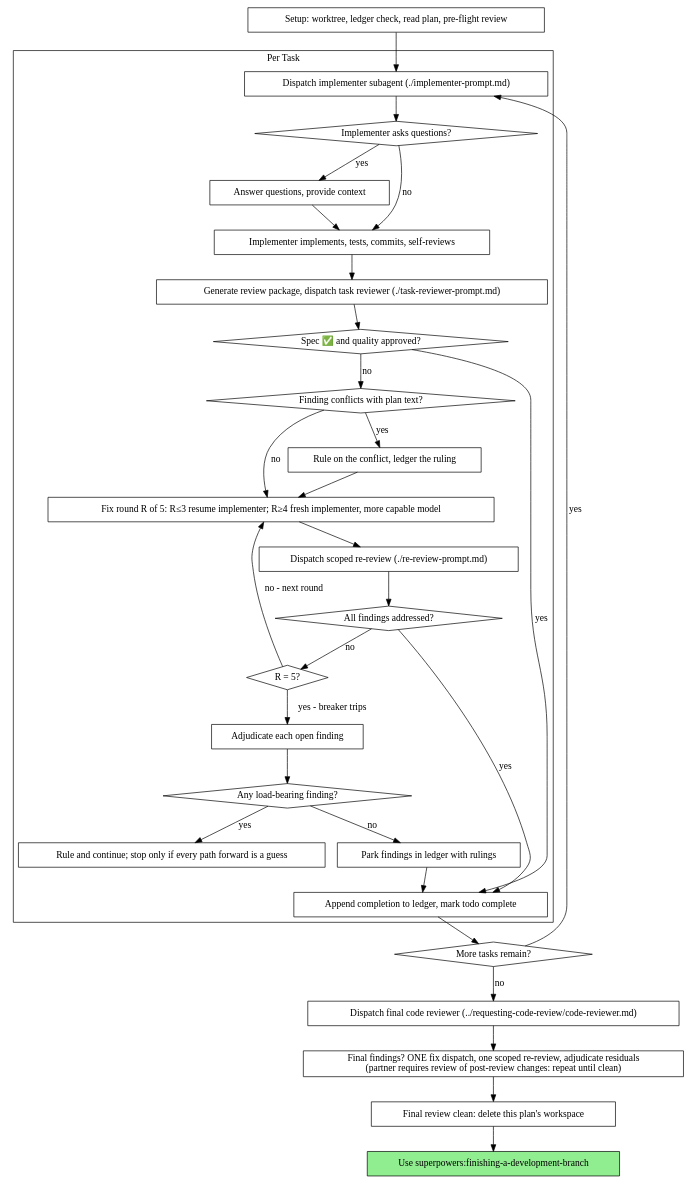
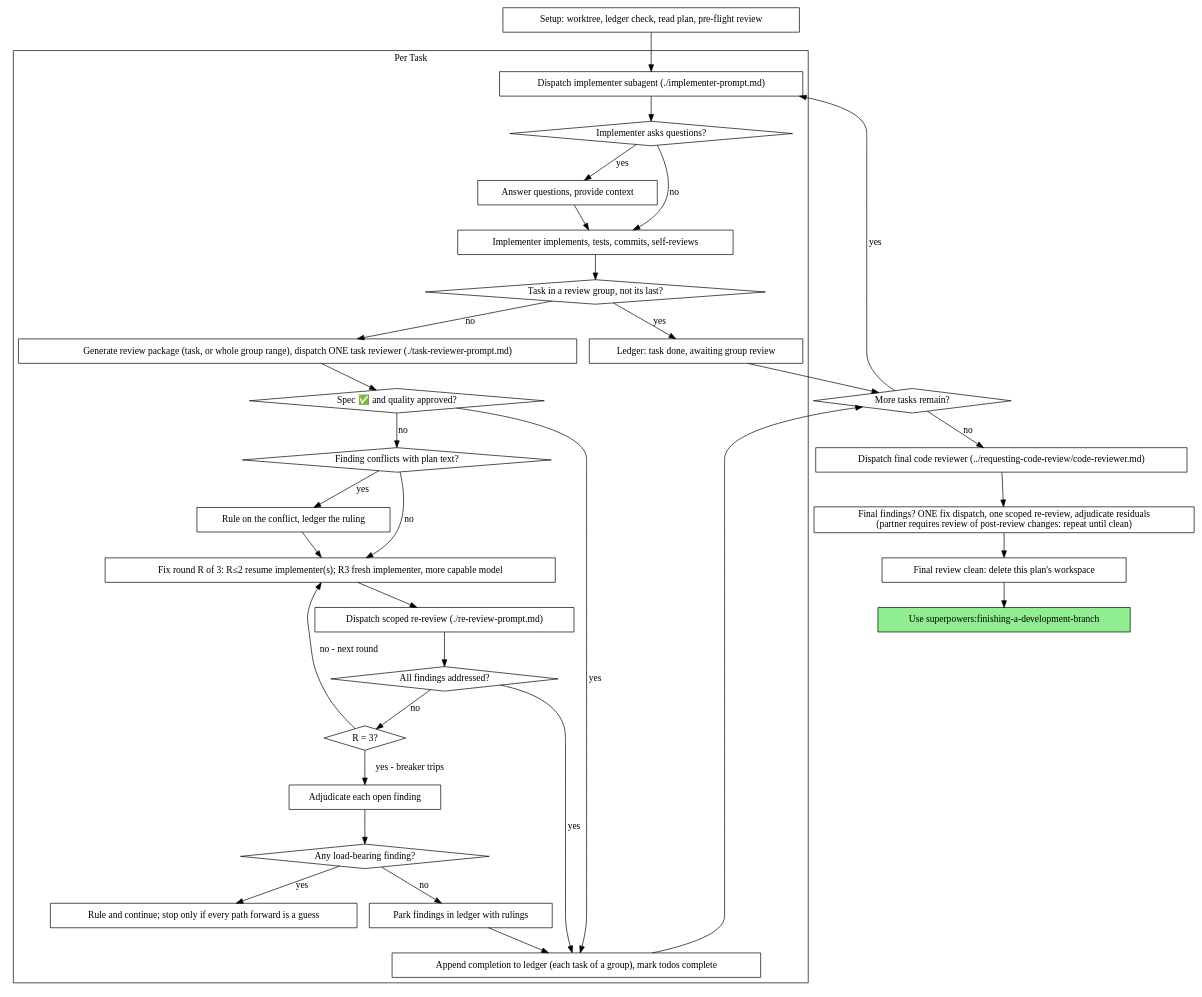
One commit to alkontv/superpowers changed the second of 2 diagrams in skills/subagent-driven-development/SKILL.md. Above: the diagram before and after it, drawn with Graphviz. The commit also changed other lines of this file and 7 other files, not shown here.

````diff
--- a/skills/subagent-driven-development/SKILL.md
+++ b/skills/subagent-driven-development/SKILL.md
@@ -63,62 +63,67 @@
 ```dot
 digraph process {
     rankdir=TB;
 
     subgraph cluster_per_task {
         label="Per Task";
         "Dispatch implementer subagent (./implementer-prompt.md)" [shape=box];
         "Implementer asks questions?" [shape=diamond];
         "Answer questions, provide context" [shape=box];
         "Implementer implements, tests, commits, self-reviews" [shape=box];
-        "Generate review package, dispatch task reviewer (./task-reviewer-prompt.md)" [shape=box];
+        "Task in a review group, not its last?" [shape=diamond];
+        "Ledger: task done, awaiting group review" [shape=box];
+        "Generate review package (task, or whole group range), dispatch ONE task reviewer (./task-reviewer-prompt.md)" [shape=box];
         "Spec ✅ and quality approved?" [shape=diamond];
         "Finding conflicts with plan text?" [shape=diamond];
         "Rule on the conflict, ledger the ruling" [shape=box];
-        "Fix round R of 5: R≤3 resume implementer; R≥4 fresh implementer, more capable model" [shape=box];
+        "Fix round R of 3: R≤2 resume implementer(s); R3 fresh implementer, more capable model" [shape=box];
         "Dispatch scoped re-review (./re-review-prompt.md)" [shape=box];
         "All findings addressed?" [shape=diamond];
-        "R = 5?" [shape=diamond];
+        "R = 3?" [shape=diamond];
         "Adjudicate each open finding" [shape=box];
         "Any load-bearing finding?" [shape=diamond];
         "Rule and continue; stop only if every path forward is a guess" [shape=box];
         "Park findings in ledger with rulings" [shape=box];
-        "Append completion to ledger, mark todo complete" [shape=box];
+        "Append completion to ledger (each task of a group), mark todos complete" [shape=box];
     }
 
     "Setup: worktree, ledger check, read plan, pre-flight review" [shape=box];
     "More tasks remain?" [shape=diamond];
     "Dispatch final code reviewer (../requesting-code-review/code-reviewer.md)" [shape=box];
     "Final findings? ONE fix dispatch, one scoped re-review, adjudicate residuals\n(partner requires review of post-review changes: repeat until clean)" [shape=box];
     "Final review clean: delete this plan's workspace" [shape=box];
     "Use superpowers:finishing-a-development-branch" [shape=box style=filled fillcolor=lightgreen];
 
     "Setup: worktree, ledger check, read plan, pre-flight review" -> "Dispatch implementer subagent (./implementer-prompt.md)";
     "Dispatch implementer subagent (./implementer-prompt.md)" -> "Implementer asks questions?";
     "Implementer asks questions?" -> "Answer questions, provide context" [label="yes"];
     "Answer questions, provide context" -> "Implementer implements, tests, commits, self-reviews";
     "Implementer asks questions?" -> "Implementer implements, tests, commits, self-reviews" [label="no"];
-    "Implementer implements, tests, commits, self-reviews" -> "Generate review package, dispatch task reviewer (./task-reviewer-prompt.md)";
-    "Generate review package, dispatch task reviewer (./task-reviewer-prompt.md)" -> "Spec ✅ and quality approved?";
-    "Spec ✅ and quality approved?" -> "Append completion to ledger, mark todo complete" [label="yes"];
+    "Implementer implements, tests, commits, self-reviews" -> "Task in a review group, not its last?";
+    "Task in a review group, not its last?" -> "Ledger: task done, awaiting group review" [label="yes"];
+    "Ledger: task done, awaiting group review" -> "More tasks remain?";
+    "Task in a review group, not its last?" -> "Generate review package (task, or whole group range), dispatch ONE task reviewer (./task-reviewer-prompt.md)" [label="no"];
+    "Generate review package (task, or whole group range), dispatch ONE task reviewer (./task-reviewer-prompt.md)" -> "Spec ✅ and quality approved?";
+    "Spec ✅ and quality approved?" -> "Append completion to ledger (each task of a group), mark todos complete" [label="yes"];
     "Spec ✅ and quality approved?" -> "Finding conflicts with plan text?" [label="no"];
     "Finding conflicts with plan text?" -> "Rule on the conflict, ledger the ruling" [label="yes"];
-    "Rule on the conflict, ledger the ruling" -> "Fix round R of 5: R≤3 resume implementer; R≥4 fresh implementer, more capable model";
-    "Finding conflicts with plan text?" -> "Fix round R of 5: R≤3 resume implementer; R≥4 fresh implementer, more capable model" [label="no"];
-    "Fix round R of 5: R≤3 resume implementer; R≥4 fresh implementer, more capable model" -> "Dispatch scoped re-review (./re-review-prompt.md)";
+    "Rule on the conflict, ledger the ruling" -> "Fix round R of 3: R≤2 resume implementer(s); R3 fresh implementer, more capable model";
+    "Finding conflicts with plan text?" -> "Fix round R of 3: R≤2 resume implementer(s); R3 fresh implementer, more capable model" [label="no"];
+    "Fix round R of 3: R≤2 resume implementer(s); R3 fresh implementer, more capable model" -> "Dispatch scoped re-review (./re-review-prompt.md)";
     "Dispatch scoped re-review (./re-review-prompt.md)" -> "All findings addressed?";
-    "All findings addressed?" -> "Append completion to ledger, mark todo complete" [label="yes"];
-    "All findings addressed?" -> "R = 5?" [label="no"];
-    "R = 5?" -> "Fix round R of 5: R≤3 resume implementer; R≥4 fresh implementer, more capable model" [label="no - next round"];
-    "R = 5?" -> "Adjudicate each open finding" [label="yes - breaker trips"];
+    "All findings addressed?" -> "Append completion to ledger (each task of a group), mark todos complete" [label="yes"];
+    "All findings addressed?" -> "R = 3?" [label="no"];
+    "R = 3?" -> "Fix round R of 3: R≤2 resume implementer(s); R3 fresh implementer, more capable model" [label="no - next round"];
+    "R = 3?" -> "Adjudicate each open finding" [label="yes - breaker trips"];
     "Adjudicate each open finding" -> "Any load-bearing finding?";
     "Any load-bearing finding?" -> "Rule and continue; stop only if every path forward is a guess" [label="yes"];
     "Any load-bearing finding?" -> "Park findings in ledger with rulings" [label="no"];
-    "Park findings in ledger with rulings" -> "Append completion to ledger, mark todo complete";
-    "Append completion to ledger, mark todo complete" -> "More tasks remain?";
+    "Park findings in ledger with rulings" -> "Append completion to ledger (each task of a group), mark todos complete";
+    "Append completion to ledger (each task of a group), mark todos complete" -> "More tasks remain?";
     "More tasks remain?" -> "Dispatch implementer subagent (./implementer-prompt.md)" [label="yes"];
     "More tasks remain?" -> "Dispatch final code reviewer (../requesting-code-review/code-reviewer.md)" [label="no"];
     "Dispatch final code reviewer (../requesting-code-review/code-reviewer.md)" -> "Final findings? ONE fix dispatch, one scoped re-review, adjudicate residuals\n(partner requires review of post-review changes: repeat until clean)";
     "Final findings? ONE fix dispatch, one scoped re-review, adjudicate residuals\n(partner requires review of post-review changes: repeat until clean)" -> "Final review clean: delete this plan's workspace";
     "Final review clean: delete this plan's workspace" -> "Use superpowers:finishing-a-development-branch";
 }
 ```
````
